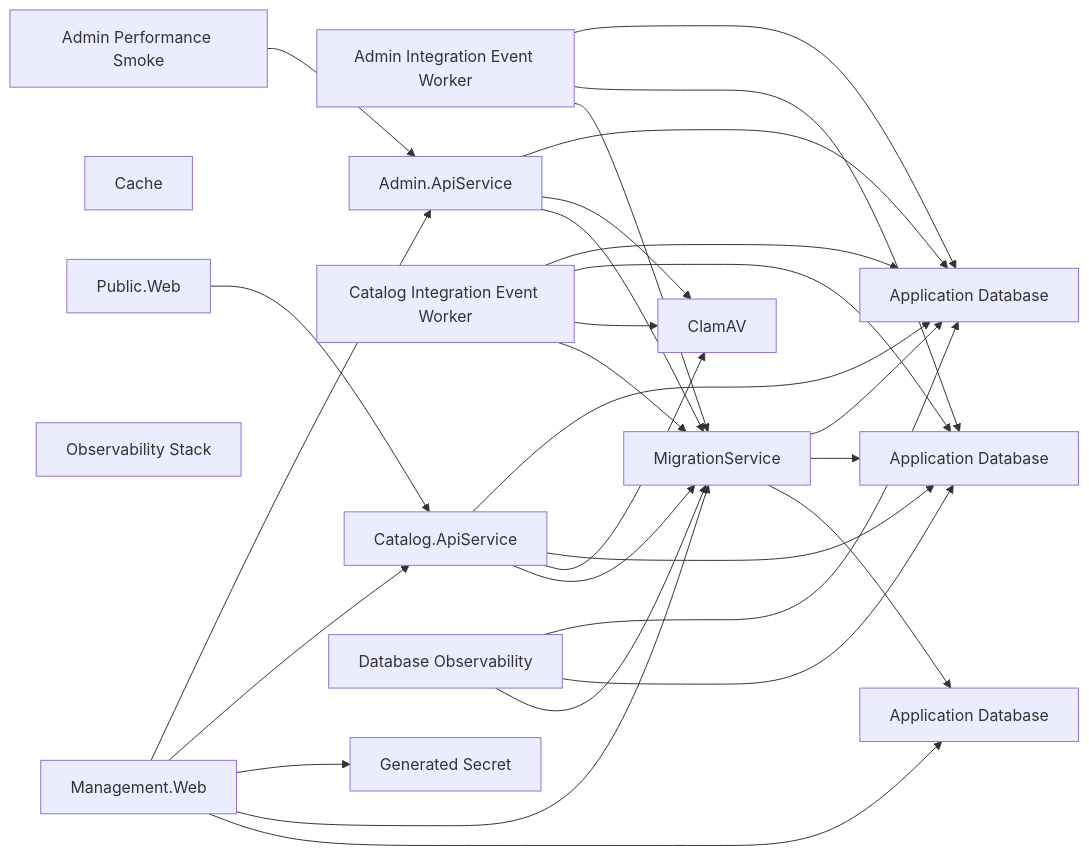
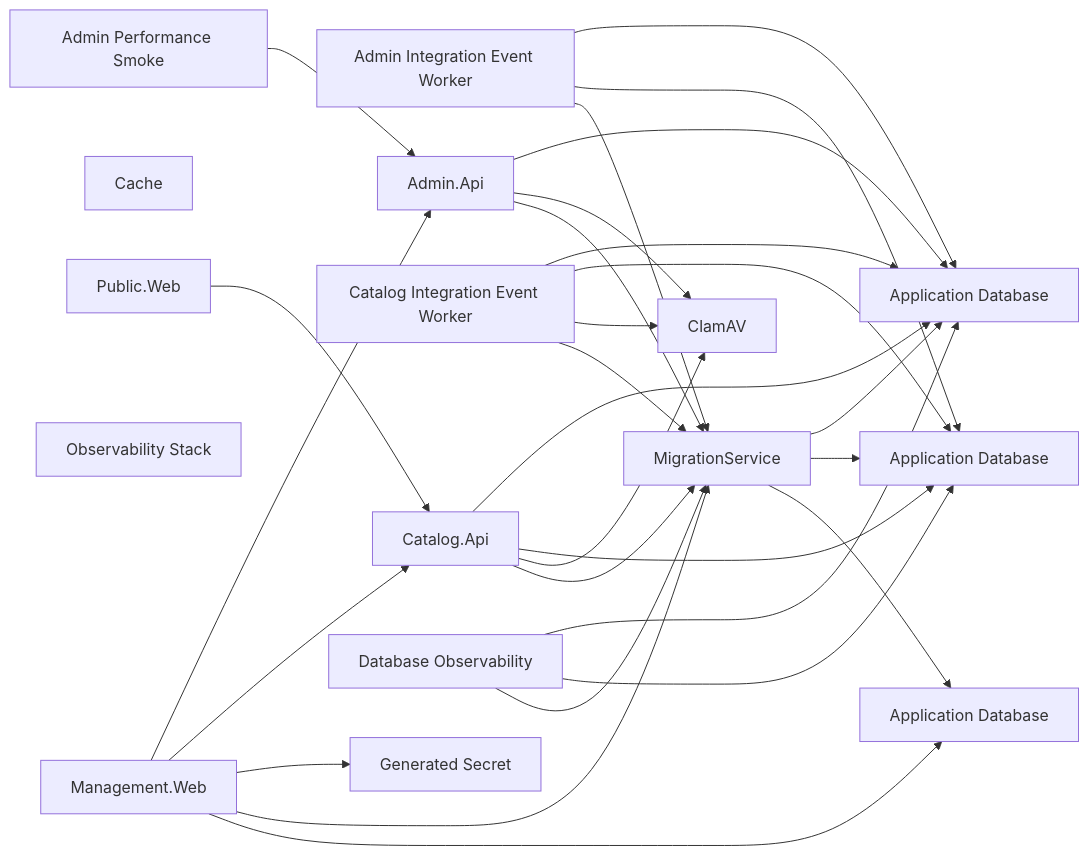
The diagram in docs/architecture/runtime-wiring-and-deployment.md (danigutsch/ViajantesTurismo), drawn with Mermaid before and after one commit. The commit also changed other lines of this file and 250 other files, not shown here.

Commit message:
refactor(api): rename Admin and Catalog API projects

````diff
--- a/docs/architecture/runtime-wiring-and-deployment.md
+++ b/docs/architecture/runtime-wiring-and-deployment.md
@@ -21,46 +21,46 @@
 ```mermaid
 flowchart LR
     AdminIntegrationEventWorker[Admin Integration Event Worker]
     AdminPerformanceSmoke[Admin Performance Smoke]
-    apiService[Admin.ApiService]
+    adminApi[Admin.Api]
     adminDatabase[Application Database]
     catalogDatabase[Application Database]
     securityDatabase[Application Database]
     Cache[Cache]
     CatalogIntegrationEventWorker[Catalog Integration Event Worker]
-    catalogApiService[Catalog.ApiService]
+    catalogApi[Catalog.Api]
     clamAv[ClamAV]
     DatabaseObservability[Database Observability]
     managementWebClientSecret[Generated Secret]
     ManagementWeb[Management.Web]
     migrationService[MigrationService]
     ObservabilityStack[Observability Stack]
     PublicWeb[Public.Web]
     AdminIntegrationEventWorker --> adminDatabase
     AdminIntegrationEventWorker --> catalogDatabase
     AdminIntegrationEventWorker --> migrationService
-    AdminPerformanceSmoke --> apiService
+    AdminPerformanceSmoke --> adminApi
     CatalogIntegrationEventWorker --> adminDatabase
     CatalogIntegrationEventWorker --> catalogDatabase
     CatalogIntegrationEventWorker --> clamAv
     CatalogIntegrationEventWorker --> migrationService
     DatabaseObservability --> adminDatabase
     DatabaseObservability --> catalogDatabase
     DatabaseObservability --> migrationService
-    ManagementWeb --> apiService
-    ManagementWeb --> catalogApiService
+    ManagementWeb --> adminApi
+    ManagementWeb --> catalogApi
     ManagementWeb --> managementWebClientSecret
     ManagementWeb --> migrationService
     ManagementWeb --> securityDatabase
-    PublicWeb --> catalogApiService
-    apiService --> adminDatabase
-    apiService --> clamAv
-    apiService --> migrationService
-    catalogApiService --> adminDatabase
-    catalogApiService --> catalogDatabase
-    catalogApiService --> clamAv
-    catalogApiService --> migrationService
+    PublicWeb --> catalogApi
+    adminApi --> adminDatabase
+    adminApi --> clamAv
+    adminApi --> migrationService
+    catalogApi --> adminDatabase
+    catalogApi --> catalogDatabase
+    catalogApi --> clamAv
+    catalogApi --> migrationService
     migrationService --> adminDatabase
     migrationService --> catalogDatabase
     migrationService --> securityDatabase
 ```
````
